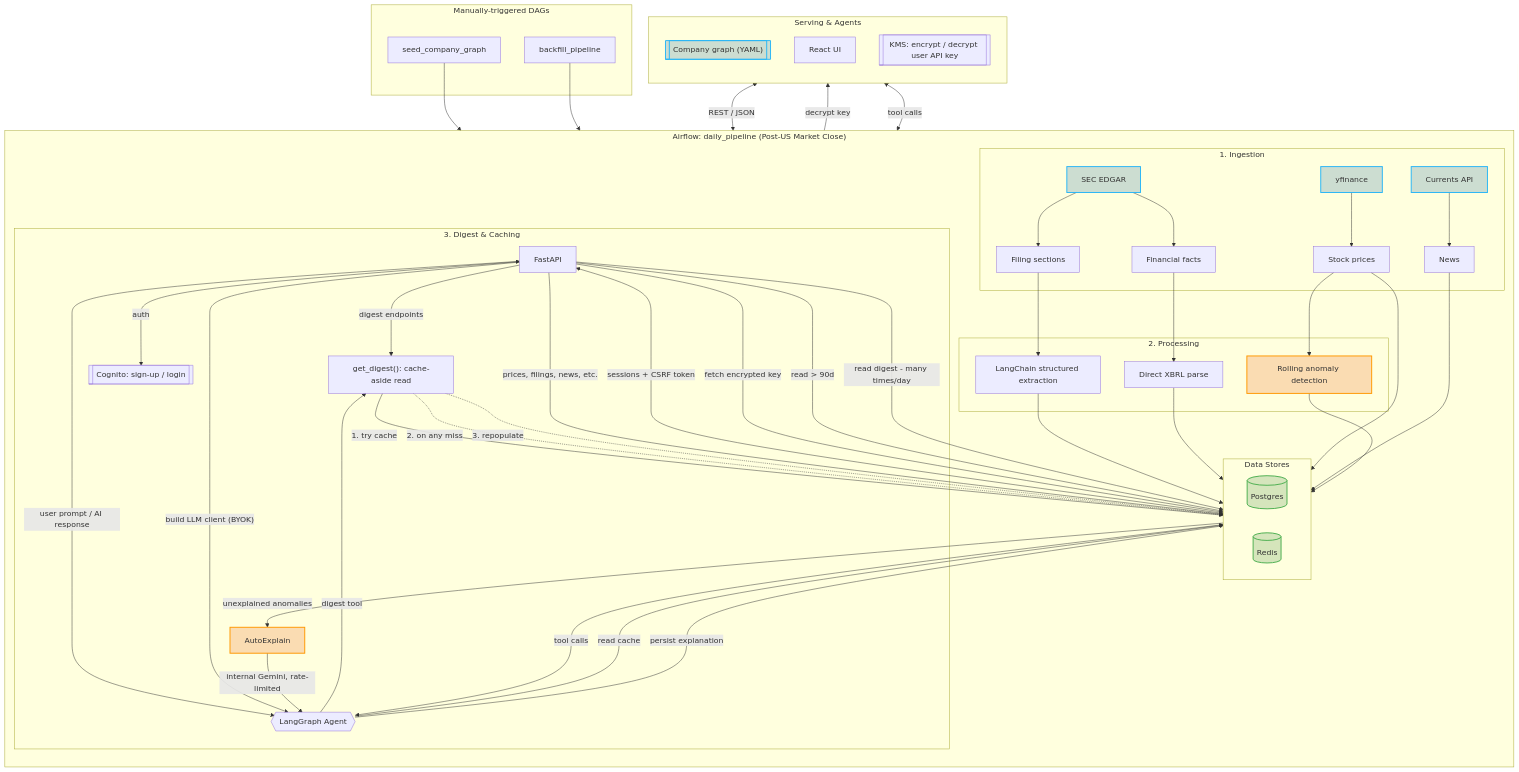
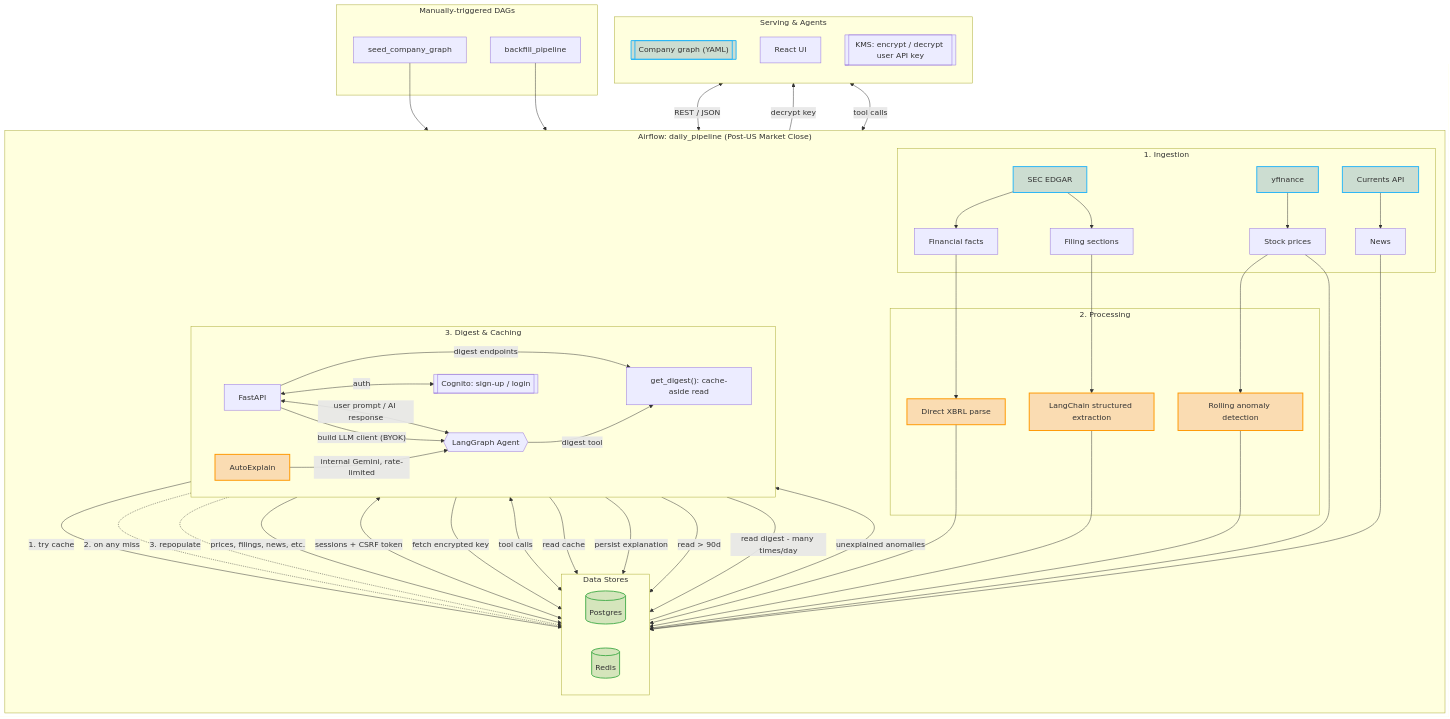
Before and after one commit to RuiDavid5b/yield-line: the first of 2 diagrams in README.md, drawn with Mermaid.

Commit message:
update diagram

````diff
--- a/README.md
+++ b/README.md
@@ -94,6 +94,7 @@
         end
 
         subgraph Analytics["3. Digest & Caching"]
+            direction LR
             GetDigest["get_digest(): cache-aside read"]
 
             API -->|"digest endpoints"| GetDigest
@@ -150,7 +151,7 @@
 
     %% Apply Styles
     class PG,Redis dbStyle;
-    class Rolling,AutoExplain anomalyStyle;
+    class Extract,Parse,Rolling,AutoExplain anomalyStyle;
     class Digest digestStyle;
     class EDGAR,YF,NewsAPI,CompanyGraph inputStyle;
 ```
````
